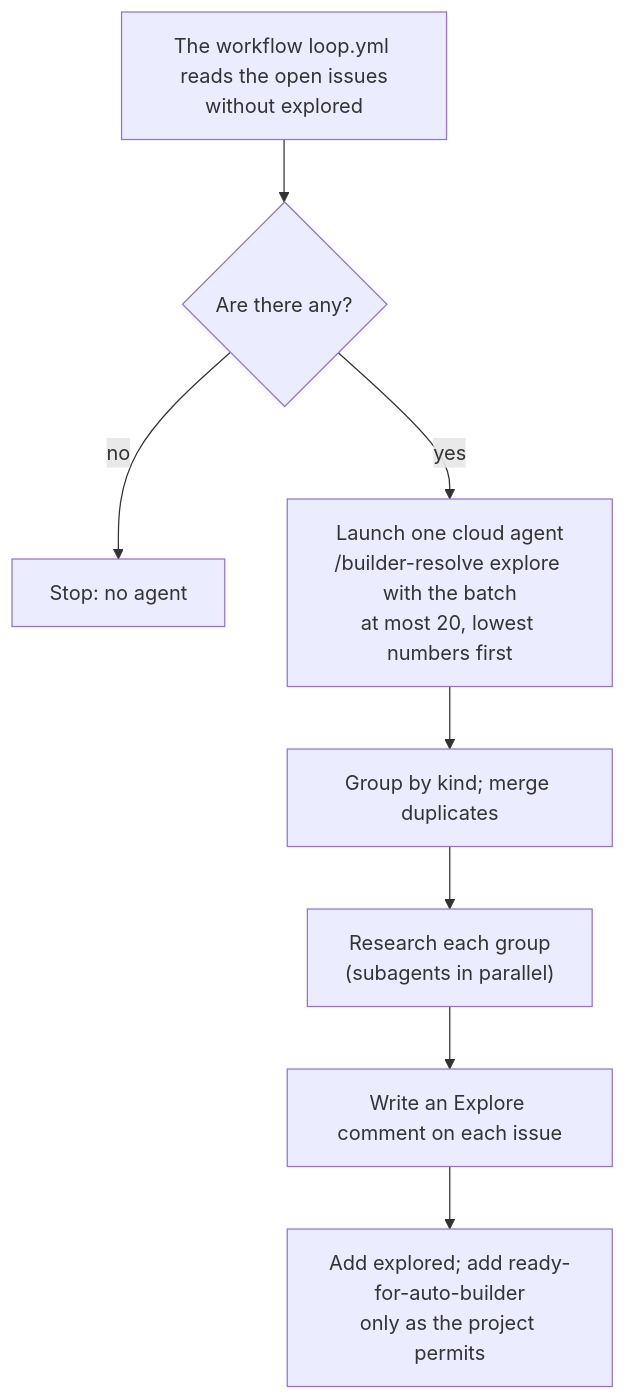
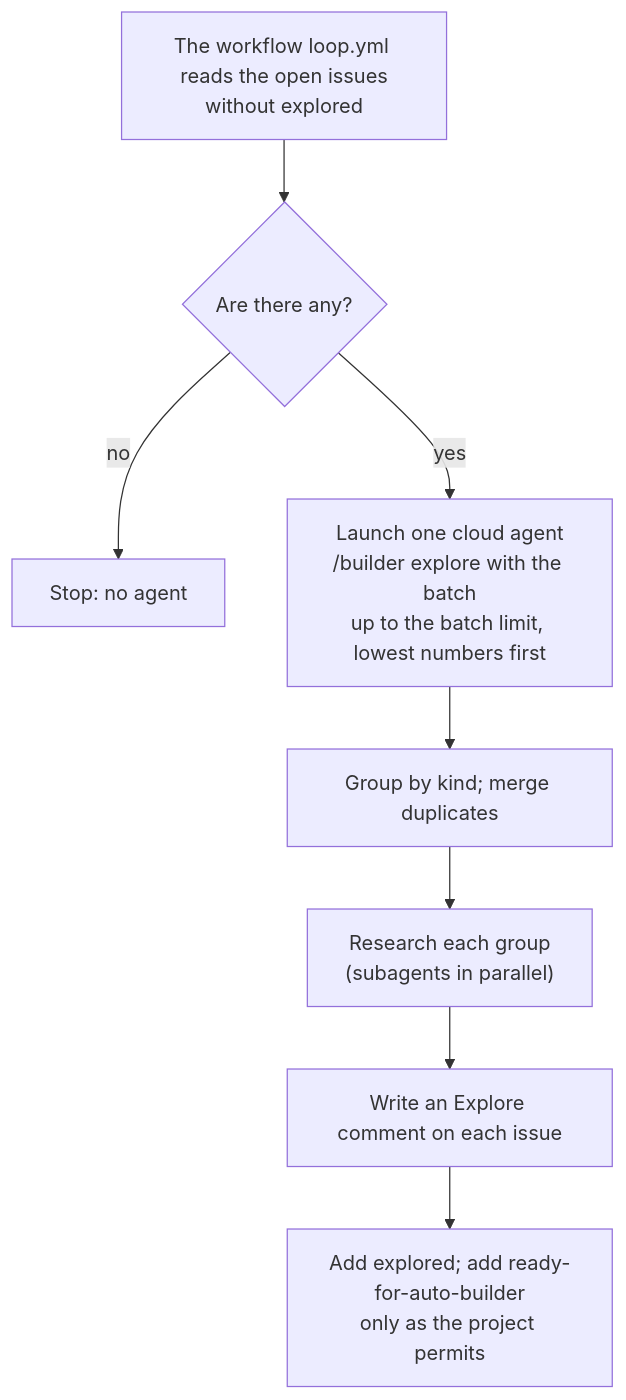
The second of 4 diagrams in knowledge/spec/L3-loop-builder.md (shiyuann/aboveloop), drawn with Mermaid before and after one commit. The commit also changed other lines of this file and 81 other files, not shown here.

````diff
--- a/knowledge/spec/L3-loop-builder.md
+++ b/knowledge/spec/L3-loop-builder.md
@@ -24,10 +77,10 @@
 ```mermaid
 flowchart TB
   A["The workflow loop.yml reads the open issues<br/>without explored"] --> B{"Are there any?"}
   B -->|no| X["Stop: no agent"]
-  B -->|yes| C["Launch one cloud agent<br/>/builder-resolve explore with the batch<br/>at most 20, lowest numbers first"]
+  B -->|yes| C["Launch one cloud agent<br/>/builder explore with the batch<br/>up to the batch limit, lowest numbers first"]
   C --> G["Group by kind; merge duplicates"]
   G --> S["Research each group<br/>(subagents in parallel)"]
   S --> W["Write an Explore comment on each issue"]
   W --> L["Add explored; add ready-for-auto-builder<br/>only as the project permits"]
 ```
````
